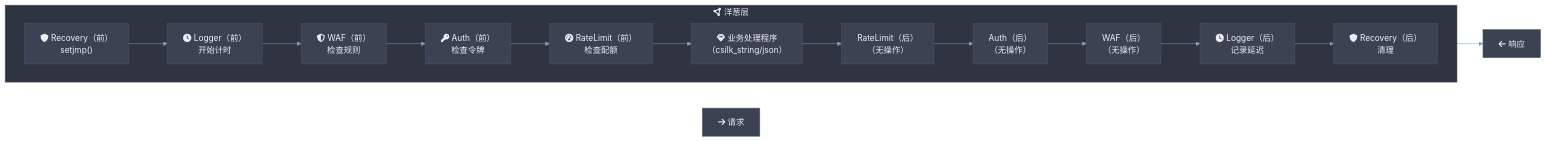
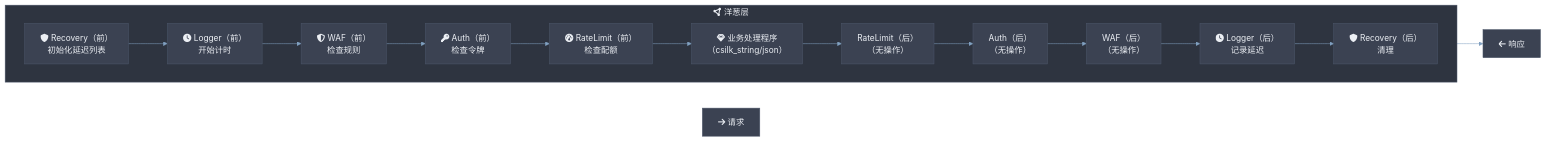
One commit to quintin-lee/csilk changed the third of 12 diagrams in docs/zh-CN/architecture.md. Above: the diagram before and after it, drawn with Mermaid. The commit also changed other lines of this file and 12 other files, not shown here.

````diff
--- a/docs/zh-CN/architecture.md
+++ b/docs/zh-CN/architecture.md
@@ -209,42 +209,42 @@
 ```mermaid
 %%{init: {
   'theme': 'base',
   'themeVariables': {
     'background': '#2E3440',
     'primaryColor': '#81A1C1',
     'primaryBorderColor': '#4C566A',
     'primaryTextColor': '#ECEFF4',
     'secondaryColor': '#3B4252',
     'secondaryBorderColor': '#434C5E',
     'secondaryTextColor': '#D8DEE9',
     'lineColor': '#81A1C1',
     'textColor': '#ECEFF4',
     'mainBkg': '#3B4252',
     'nodeBorder': '#4C566A',
     'clusterBkg': '#2E3440',
     'clusterBorder': '#4C566A',
     'titleColor': '#ECEFF4',
     'edgeLabelBackground': '#3B4252',
     'nodeTextColor': '#ECEFF4'
   },
   'flowchart': {'htmlLabels': true, 'curve': 'basis'}
 }}%%
 flowchart LR
     REQ["fa:fa-arrow-right 请求"]
 
     subgraph onion["fa:fa-circle-nodes 洋葱层"]
         direction LR
-        L1i["fa:fa-shield Recovery（前）<br/>setjmp()"] --> L2i["fa:fa-clock Logger（前）<br/>开始计时"]
+        L1i["fa:fa-shield Recovery（前）<br/>初始化延迟列表"] --> L2i["fa:fa-clock Logger（前）<br/>开始计时"]
         L2i --> L3i["fa:fa-shield-halved WAF（前）<br/>检查规则"]
         L3i --> L4i["fa:fa-key Auth（前）<br/>检查令牌"]
         L4i --> L5i["fa:fa-gauge-high RateLimit（前）<br/>检查配额"]
         L5i --> CORE["fa:fa-gem 业务处理程序<br/>（csilk_string/json）"]
         CORE --> L5o["RateLimit（后）<br/>（无操作）"]
         L5o --> L4o["Auth（后）<br/>（无操作）"]
         L4o --> L3o["WAF（后）<br/>（无操作）"]
         L3o --> L2o["fa:fa-clock Logger（后）<br/>记录延迟"]
         L2o --> L1o["fa:fa-shield Recovery（后）<br/>清理"]
     end
 
     L1o --> RES["fa:fa-arrow-left 响应"]
 ```
````
